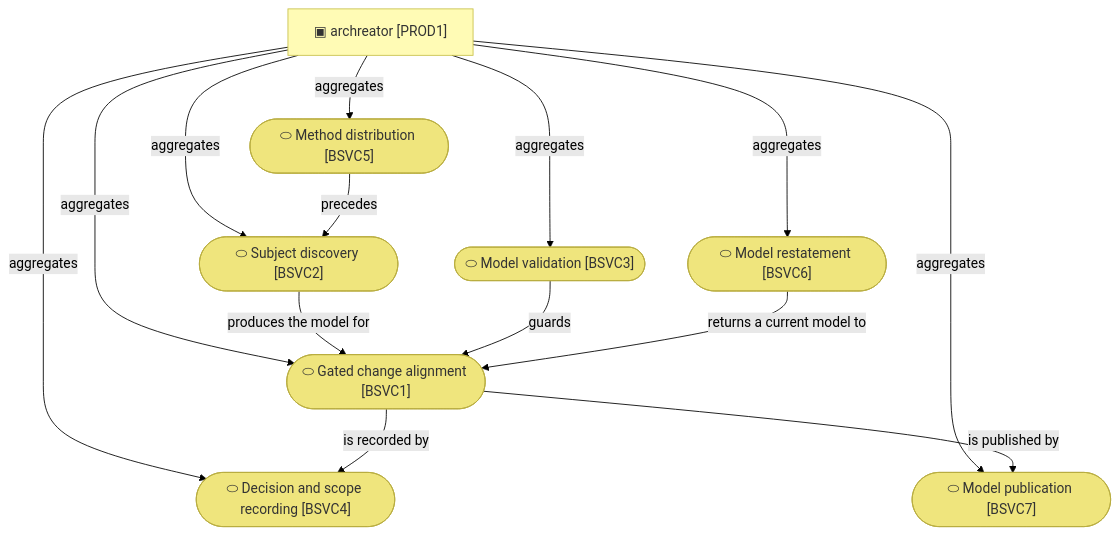
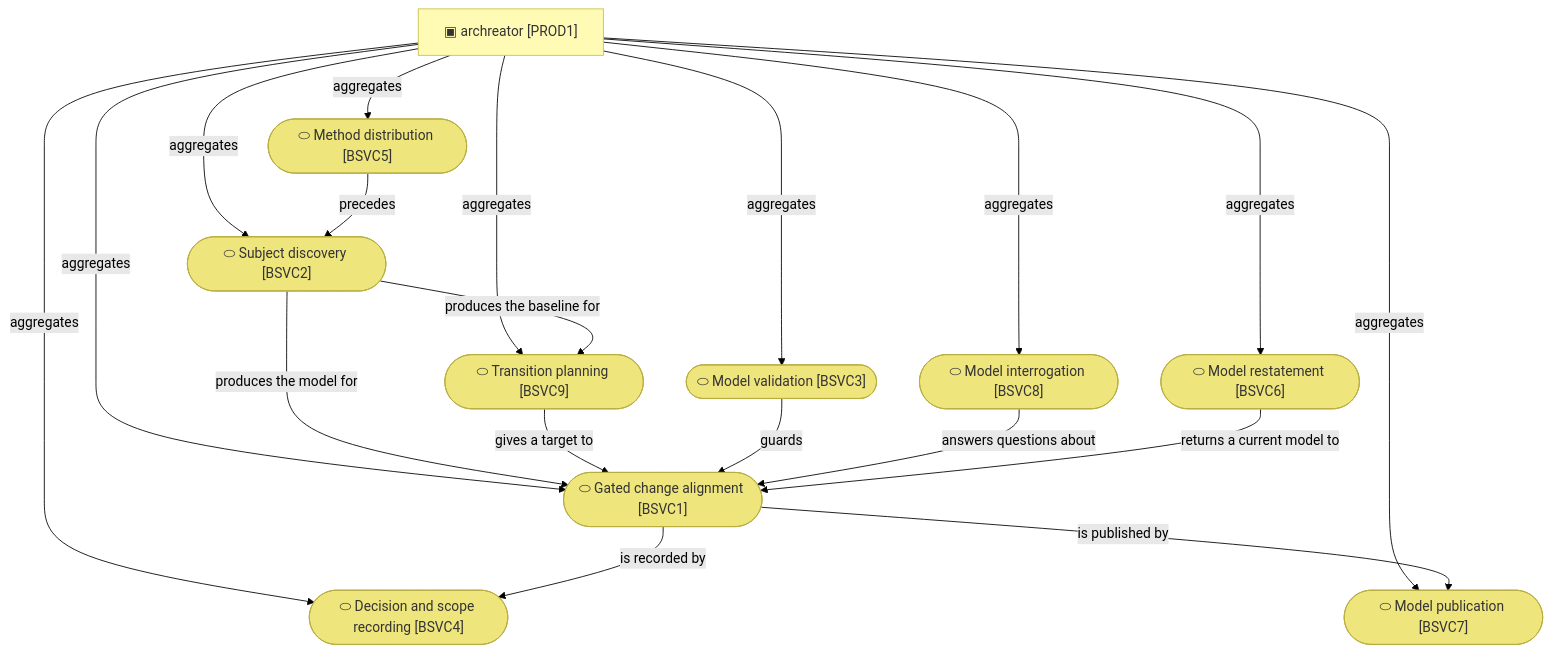
Before and after one commit to roanboc/architecture-archreator: the second of 3 diagrams in product-archreator/architecture/2_business/2_business-services.md, drawn with Mermaid (forest theme). The commit also changed other lines of this file and 15 other files, not shown here.

````diff
--- a/product-archreator/architecture/2_business/2_business-services.md
+++ b/product-archreator/architecture/2_business/2_business-services.md
@@ -32,30 +32,37 @@
 ```mermaid
 flowchart TB
   prod1["▣ archreator [PROD1]"]:::product
 
   bsvc1(["⬭ Gated change alignment [BSVC1]"]):::service
   bsvc2(["⬭ Subject discovery [BSVC2]"]):::service
   bsvc3(["⬭ Model validation [BSVC3]"]):::service
   bsvc4(["⬭ Decision and scope recording [BSVC4]"]):::service
   bsvc5(["⬭ Method distribution [BSVC5]"]):::service
   bsvc6(["⬭ Model restatement [BSVC6]"]):::service
   bsvc7(["⬭ Model publication [BSVC7]"]):::service
+  bsvc8(["⬭ Model interrogation [BSVC8]"]):::service
+  bsvc9(["⬭ Transition planning [BSVC9]"]):::service
 
   prod1 -->|aggregates| bsvc1
   prod1 -->|aggregates| bsvc2
   prod1 -->|aggregates| bsvc3
   prod1 -->|aggregates| bsvc4
   prod1 -->|aggregates| bsvc5
   prod1 -->|aggregates| bsvc6
   prod1 -->|aggregates| bsvc7
+  prod1 -->|aggregates| bsvc8
+  prod1 -->|aggregates| bsvc9
 
   bsvc5 -->|precedes| bsvc2
   bsvc2 -->|produces the model for| bsvc1
+  bsvc2 -->|produces the baseline for| bsvc9
+  bsvc9 -->|gives a target to| bsvc1
   bsvc1 -->|is recorded by| bsvc4
   bsvc3 -->|guards| bsvc1
+  bsvc8 -->|answers questions about| bsvc1
   bsvc6 -->|returns a current model to| bsvc1
   bsvc1 -->|is published by| bsvc7
 
   classDef product fill:#fffbb5,stroke:#c8c04a,color:#333
   classDef service fill:#efe57d,stroke:#b8ad3f,color:#333
 ```
````
